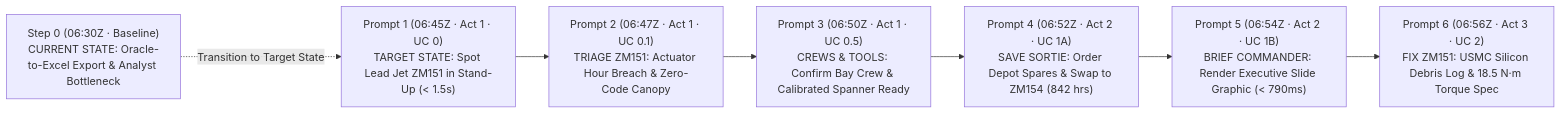
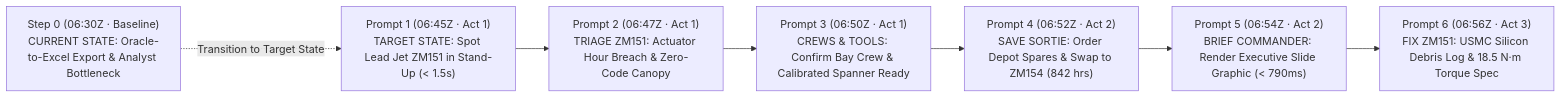
Before and after one commit to edwardsda-prog/f35: the first of 4 diagrams in DEMO_STORYBOARD.md, drawn with Mermaid. The commit also changed other lines of this file and 2 other files, not shown here.

Commit message:
docs(arch): add F-35 POC One-Page Architecture blueprint and 16:9 Google Cloud diagram

````diff
--- a/DEMO_STORYBOARD.md
+++ b/DEMO_STORYBOARD.md
@@ -105,9 +105,9 @@
 ```mermaid
 flowchart LR
-    S0["Step 0 (06:30Z · Baseline)<br/>CURRENT STATE: Oracle-to-Excel Export & Analyst Bottleneck"] -.->|Transition to Target State| P1["Prompt 1 (06:45Z · Act 1 · UC 0)<br/>TARGET STATE: Spot Lead Jet ZM151 in Stand-Up (< 1.5s)"]
-    P1 --> P2["Prompt 2 (06:47Z · Act 1 · UC 0.1)<br/>TRIAGE ZM151: Actuator Hour Breach & Zero-Code Canopy"]
-    P2 --> P3["Prompt 3 (06:50Z · Act 1 · UC 0.5)<br/>CREWS & TOOLS: Confirm Bay Crew & Calibrated Spanner Ready"]
-    P3 --> P4["Prompt 4 (06:52Z · Act 2 · UC 1A)<br/>SAVE SORTIE: Order Depot Spares & Swap to ZM154 (842 hrs)"]
-    P4 --> P5["Prompt 5 (06:54Z · Act 2 · UC 1B)<br/>BRIEF COMMANDER: Render Executive Slide Graphic (< 790ms)"]
-    P5 --> P6["Prompt 6 (06:56Z · Act 3 · UC 2)<br/>FIX ZM151: USMC Silicon Debris Log & 18.5 N·m Torque Spec"]
+    S0["Step 0 (06:30Z · Baseline)<br/>CURRENT STATE: Oracle-to-Excel Export & Analyst Bottleneck"] -.->|Transition to Target State| P1["Prompt 1 (06:45Z · Act 1)<br/>TARGET STATE: Spot Lead Jet ZM151 in Stand-Up (< 1.5s)"]
+    P1 --> P2["Prompt 2 (06:47Z · Act 1)<br/>TRIAGE ZM151: Actuator Hour Breach & Zero-Code Canopy"]
+    P2 --> P3["Prompt 3 (06:50Z · Act 1)<br/>CREWS & TOOLS: Confirm Bay Crew & Calibrated Spanner Ready"]
+    P3 --> P4["Prompt 4 (06:52Z · Act 2)<br/>SAVE SORTIE: Order Depot Spares & Swap to ZM154 (842 hrs)"]
+    P4 --> P5["Prompt 5 (06:54Z · Act 2)<br/>BRIEF COMMANDER: Render Executive Slide Graphic (< 790ms)"]
+    P5 --> P6["Prompt 6 (06:56Z · Act 3)<br/>FIX ZM151: USMC Silicon Debris Log & 18.5 N·m Torque Spec"]
 ```
````
